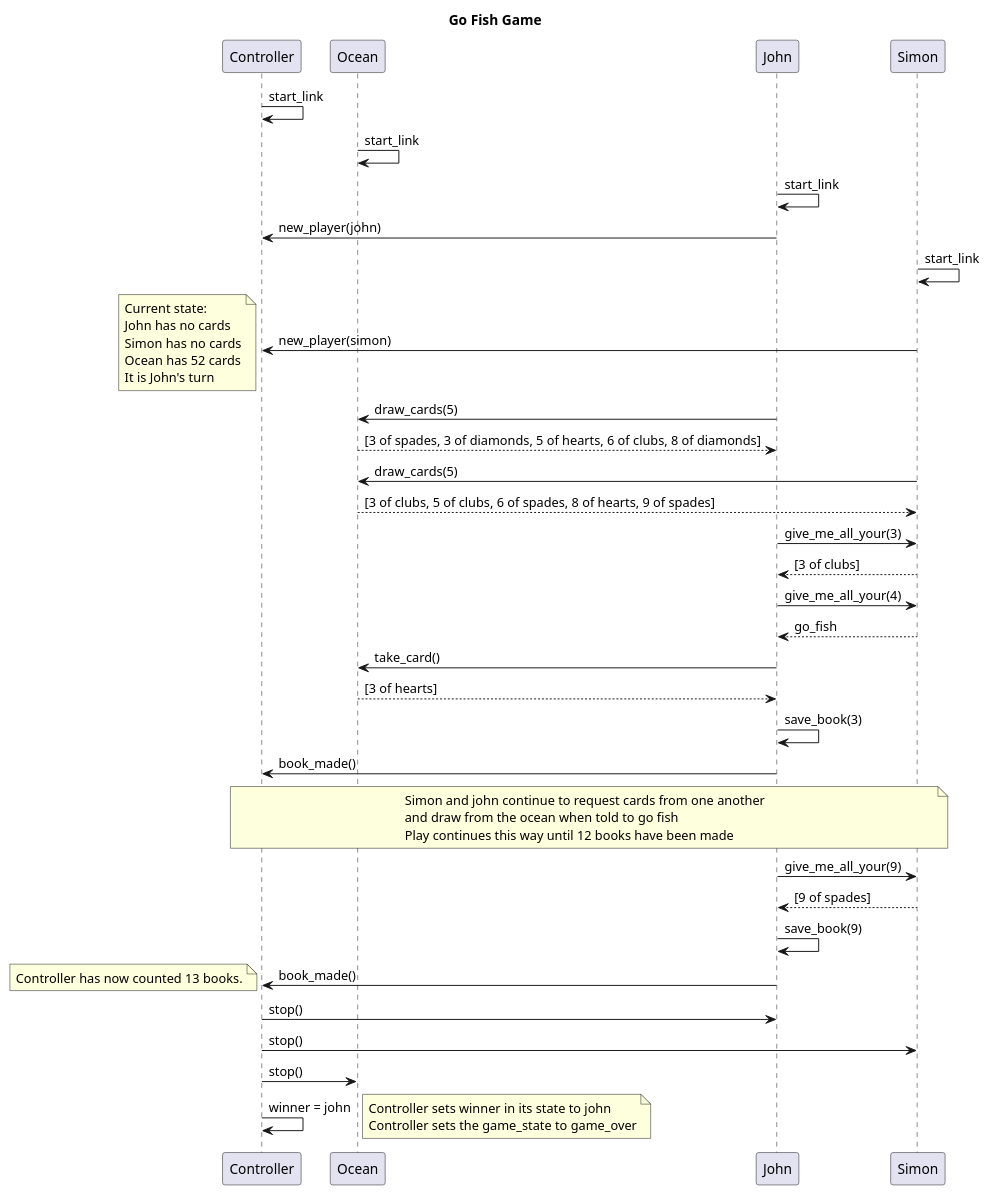
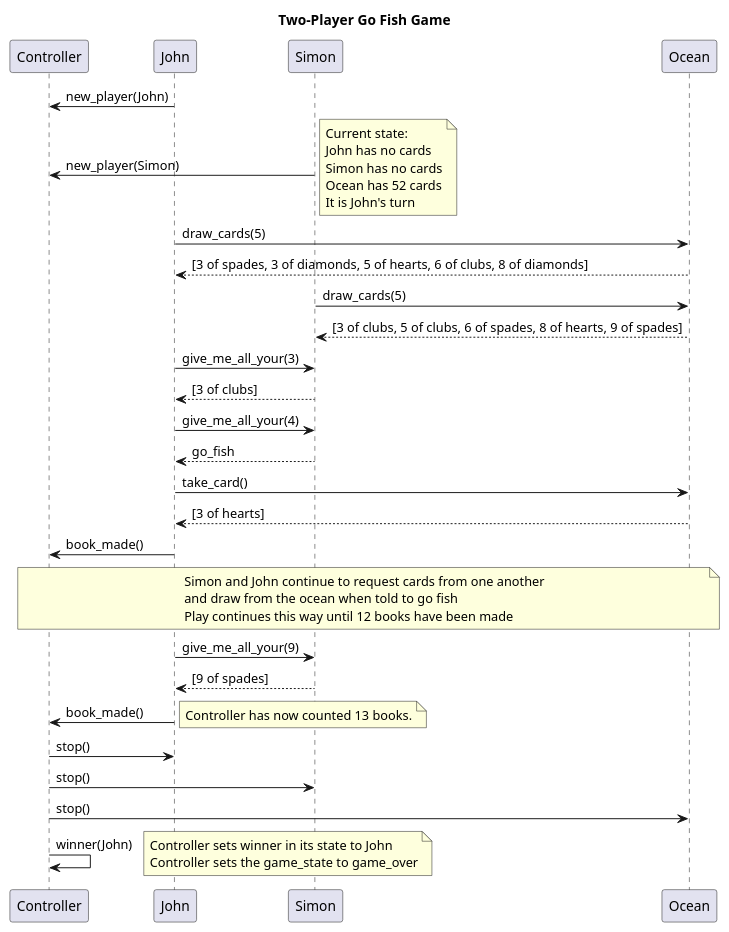
One commit to simonelnahas/go_fish changed the diagram in modeling/full_seqeuence.plantuml. Above: the diagram before and after it, drawn with PlantUML.

Commit message:
Updated sequence diagram

```diff
--- a/modeling/full_seqeuence.plantuml
+++ b/modeling/full_seqeuence.plantuml
@@ -1,60 +1,59 @@
 @startuml Go Fish Game
 
-title Go Fish Game
+title Two-Player Go Fish Game
 
-Controller -> Controller: start_link
-Ocean -> Ocean: start_link
-John -> John: start_link
-John -> Controller: new_player(john)
-Simon -> Simon: start_link
-Simon -> Controller: new_player(simon)
+participant Controller order 1
+participant John order 2
+participant Simon order 3
+participant Ocean order 4
 
-note left
+John -> Controller: new_player(John)
+Simon -> Controller: new_player(Simon)
+
+note right
 Current state:
 John has no cards
 Simon has no cards
 Ocean has 52 cards
 It is John's turn
 end note
 
 John -> Ocean: draw_cards(5)
 Ocean --> John: [3 of spades, 3 of diamonds, 5 of hearts, 6 of clubs, 8 of diamonds]
 Simon -> Ocean: draw_cards(5)
 Ocean --> Simon: [3 of clubs, 5 of clubs, 6 of spades, 8 of hearts, 9 of spades]
 John -> Simon: give_me_all_your(3)
 Simon --> John: [3 of clubs]
 John -> Simon: give_me_all_your(4)
 Simon --> John: go_fish
 John -> Ocean: take_card()
 Ocean --> John: [3 of hearts]
-John -> John: save_book(3)
 John -> Controller: book_made()
 
 note across
-Simon and john continue to request cards from one another
+Simon and John continue to request cards from one another
 and draw from the ocean when told to go fish
 Play continues this way until 12 books have been made
 end note
 
 John -> Simon: give_me_all_your(9)
 Simon --> John: [9 of spades]
-John -> John: save_book(9)
 John -> Controller: book_made()
 
-note left
+note right
 Controller has now counted 13 books.
 end note
 
 Controller -> John: stop()
 Controller -> Simon: stop()
 Controller -> Ocean: stop()
-Controller -> Controller: winner = john
+Controller -> Controller: winner(John)
 
 
 note right
-    Controller sets winner in its state to john
+    Controller sets winner in its state to John
     Controller sets the game_state to game_over
 end note
 
 
 @enduml
```
